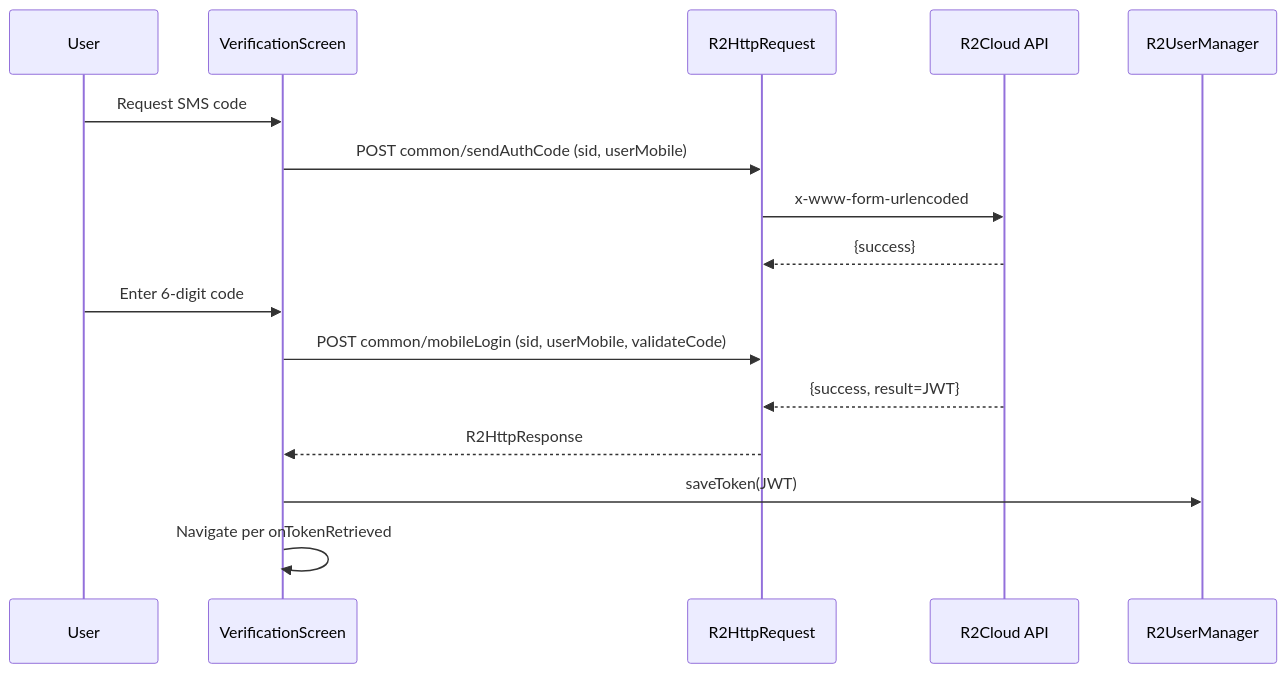
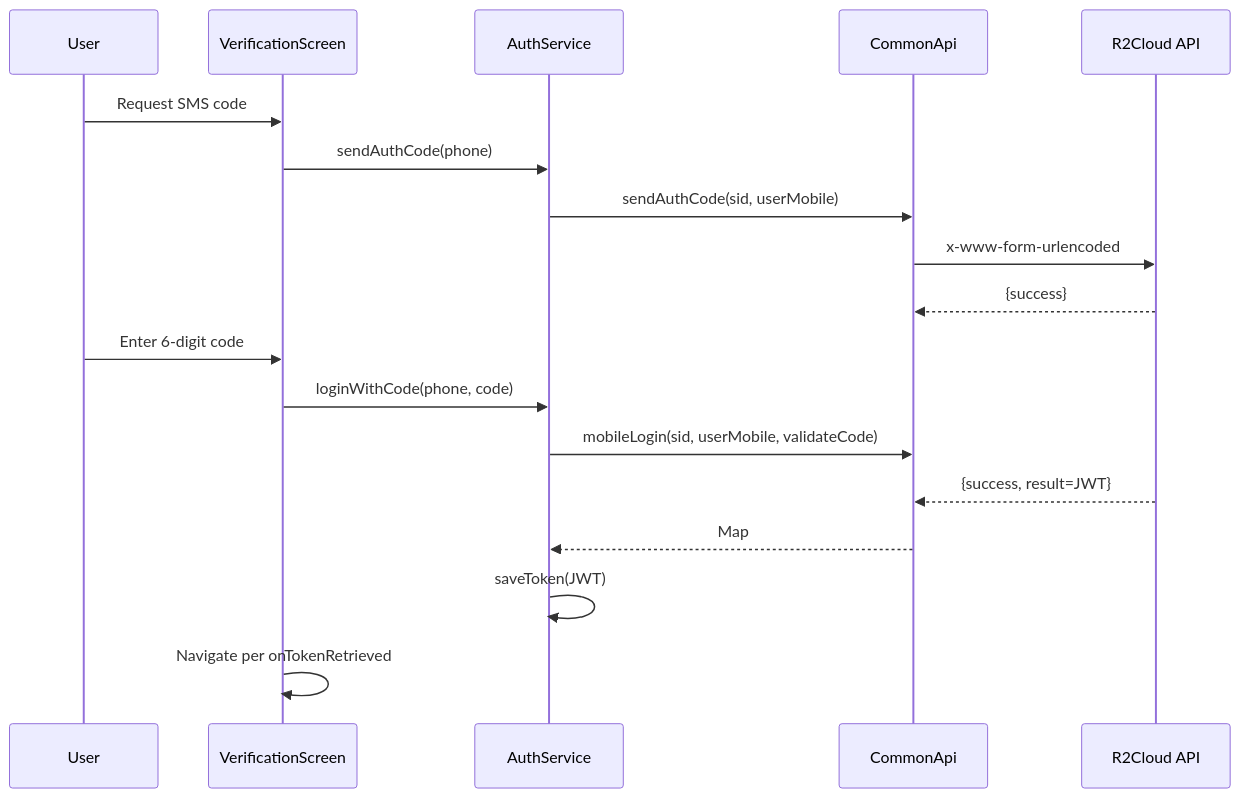
One commit to shenjee/r2cyclingapp changed the second of 2 diagrams in .trae/documents/tech_authentication.md. Above: the diagram before and after it, drawn with Mermaid. The commit also changed other lines of this file and 3 other files, not shown here.

First line of the commit message:
refactor(auth): centralize authentication logic in AuthService

````diff
--- a/.trae/documents/tech_authentication.md
+++ b/.trae/documents/tech_authentication.md
@@ -51,18 +53,20 @@
 ```mermaid
 sequenceDiagram
   participant U as User
   participant UI as VerificationScreen
-  participant HTTP as R2HttpRequest
+  participant A as AuthService
+  participant C as CommonApi
   participant S as R2Cloud API
-  participant M as R2UserManager
   U->>UI: Request SMS code
-  UI->>HTTP: POST common/sendAuthCode (sid, userMobile)
-  HTTP->>S: x-www-form-urlencoded
-  S-->>HTTP: {success}
+  UI->>A: sendAuthCode(phone)
+  A->>C: sendAuthCode(sid, userMobile)
+  C->>S: x-www-form-urlencoded
+  S-->>C: {success}
   U->>UI: Enter 6-digit code
-  UI->>HTTP: POST common/mobileLogin (sid, userMobile, validateCode)
-  S-->>HTTP: {success, result=JWT}
-  HTTP-->>UI: R2HttpResponse
-  UI->>M: saveToken(JWT)
+  UI->>A: loginWithCode(phone, code)
+  A->>C: mobileLogin(sid, userMobile, validateCode)
+  S-->>C: {success, result=JWT}
+  C-->>A: Map
+  A->>A: saveToken(JWT)
   UI->>UI: Navigate per onTokenRetrieved
 ```
````
